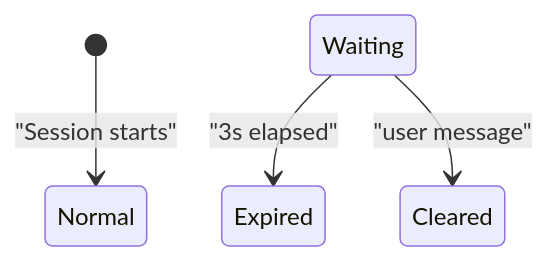
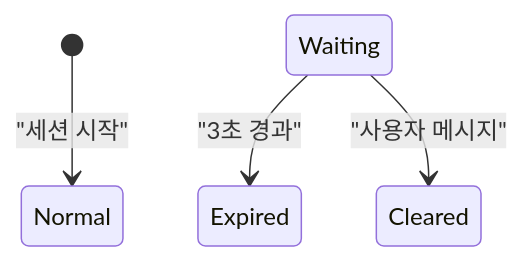
One commit to felipetruman/oh-my-opencode-docs changed the seventh of 7 diagrams in docs/reliability/todo-continuation-enforcer.md. Above: the diagram before and after it, drawn with Mermaid. The commit also changed other lines of this file and 76 other files, not shown here.

````diff
--- a/docs/reliability/todo-continuation-enforcer.md
+++ b/docs/reliability/todo-continuation-enforcer.md
@@ -423,6 +423,6 @@
 ```mermaid
 stateDiagram-v2
-    [*] --> Normal : "Session starts"
-    Waiting --> Expired : "3s elapsed"
-    Waiting --> Cleared : "user message"
+    [*] --> Normal : "세션 시작"
+    Waiting --> Expired : "3초 경과"
+    Waiting --> Cleared : "사용자 메시지"
 ```
````
